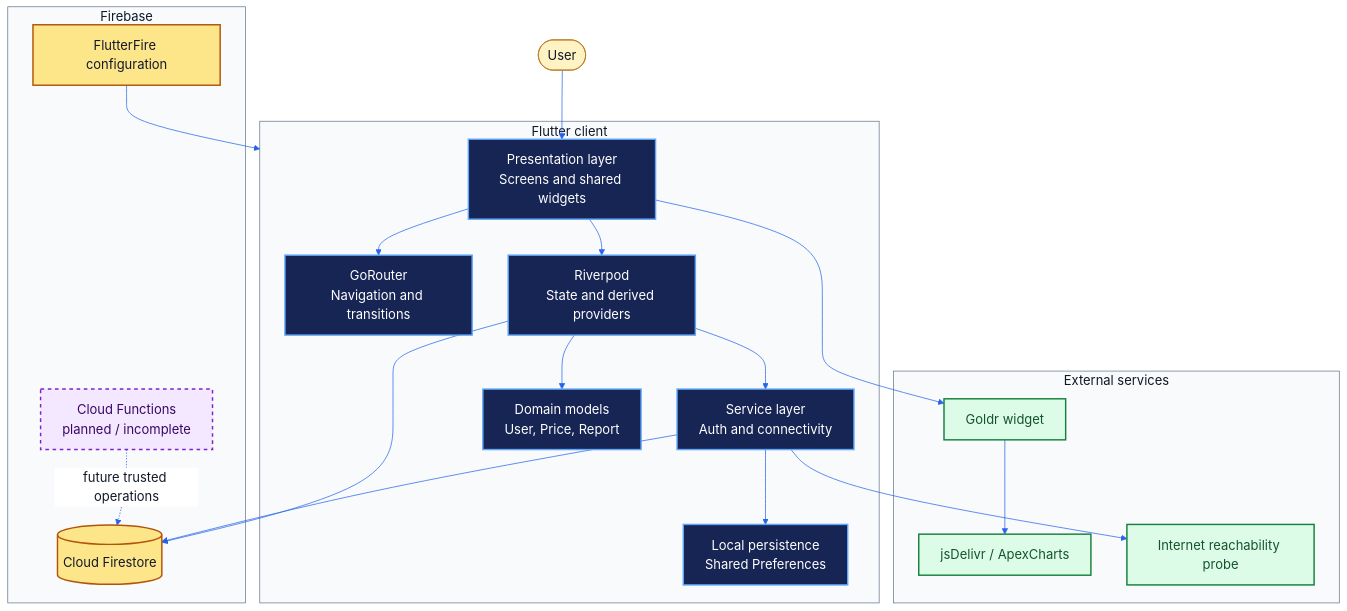
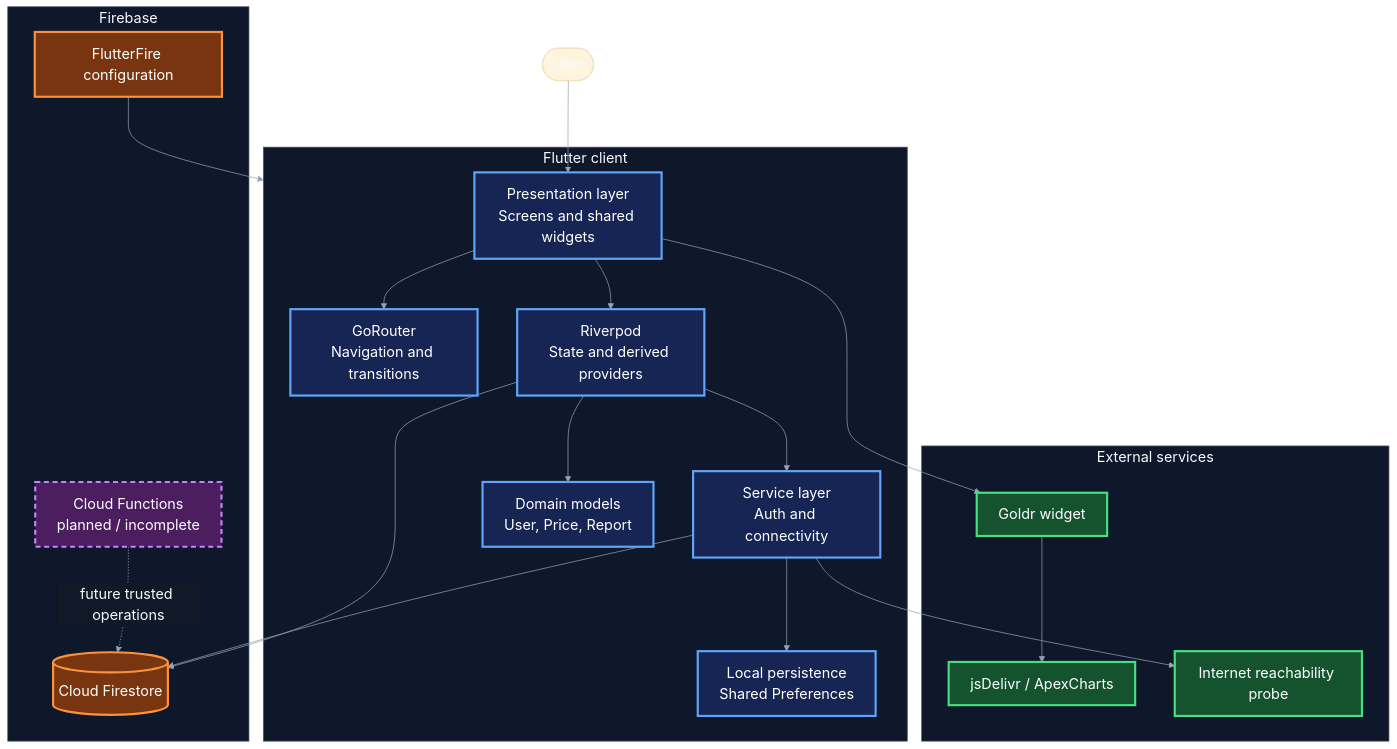
One commit to Rihabz1/Swarnakar changed the first of 8 diagrams in README.md. Above: the diagram before and after it, drawn with Mermaid. The commit also changed other lines of this file and 32 other files, not shown here.

```diff
--- a/README.md
+++ b/README.md
@@ -98,49 +108,49 @@
 ~~~mermaid
-%%{init: {"theme":"base","themeVariables":{"darkMode":false,"background":"#FFFFFF","fontSize":"18px","fontFamily":"Arial","textColor":"#111827","primaryColor":"#FFF3C4","primaryTextColor":"#111827","primaryBorderColor":"#B7791F","secondaryTextColor":"#111827","tertiaryTextColor":"#111827","lineColor":"#2563EB","edgeLabelBackground":"#FFFFFF","clusterBkg":"#F8FAFC","clusterBorder":"#64748B","clusterTextColor":"#111827","titleColor":"#111827"}}}%%
+%%{init: {"theme":"base","flowchart":{"curve":"basis","nodeSpacing":55,"rankSpacing":70},"themeVariables":{"background":"#0D1117","fontSize":"20px","fontFamily":"Arial","textColor":"#F8FAFC","primaryTextColor":"#F8FAFC","secondaryTextColor":"#F8FAFC","tertiaryTextColor":"#F8FAFC","lineColor":"#94A3B8","edgeLabelBackground":"#111827","clusterBkg":"#0F172A","clusterBorder":"#475569","clusterTextColor":"#F8FAFC"}}}%%
 flowchart TB
     User([User]) --> UI
 
     subgraph Client["Flutter client"]
         UI["Presentation layer<br/>Screens and shared widgets"]
         Router["GoRouter<br/>Navigation and transitions"]
         State["Riverpod<br/>State and derived providers"]
         Services["Service layer<br/>Auth and connectivity"]
         Models["Domain models<br/>User, Price, Report"]
         Local["Local persistence<br/>Shared Preferences"]
 
         UI --> Router
         UI --> State
         State --> Services
         State --> Models
         Services --> Local
     end
 
     subgraph Firebase["Firebase"]
         Firestore[("Cloud Firestore")]
         Config["FlutterFire configuration"]
         Functions["Cloud Functions<br/>planned / incomplete"]
     end
 
     subgraph External["External services"]
         Goldr["Goldr widget"]
         CDN["jsDelivr / ApexCharts"]
         DNS["Internet reachability probe"]
     end
 
     Services --> Firestore
     State --> Firestore
     Config --> Client
     UI --> Goldr
     Goldr --> CDN
     Services --> DNS
     Functions -. future trusted operations .-> Firestore
 
-    classDef active fill:#172554,stroke:#60A5FA,color:#FFFFFF,stroke-width:2px;
-    classDef backend fill:#FDE68A,stroke:#B45309,color:#111827,stroke-width:2px;
-    classDef external fill:#DCFCE7,stroke:#15803D,color:#14532D,stroke-width:2px;
-    classDef planned fill:#F3E8FF,stroke:#7E22CE,color:#3B0764,stroke-width:2px,stroke-dasharray:5 5;
+    classDef active fill:#172554,stroke:#60A5FA,color:#FFFFFF,stroke-width:3px;
+    classDef backend fill:#78350F,stroke:#FB923C,color:#FFFFFF,stroke-width:3px;
+    classDef external fill:#14532D,stroke:#4ADE80,color:#FFFFFF,stroke-width:3px;
+    classDef planned fill:#4C1D5F,stroke:#C084FC,color:#FFFFFF,stroke-width:3px,stroke-dasharray:7 5;
     class UI,Router,State,Services,Models,Local active;
     class Firestore,Config backend;
     class Goldr,CDN,DNS external;
     class Functions planned;
 ~~~
```
